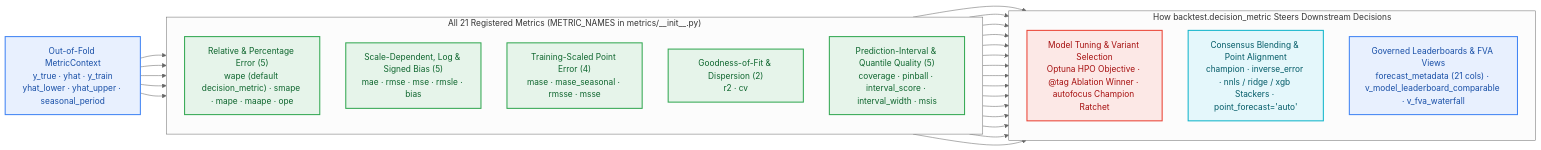
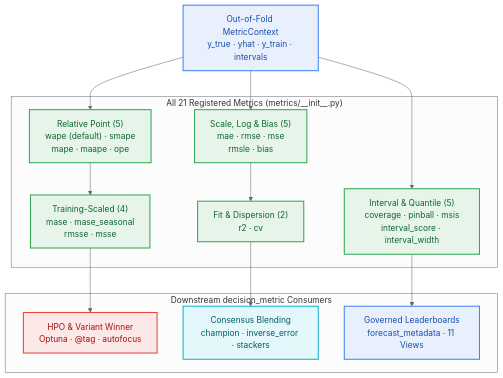
Before and after one commit to statmike/scale-forecasting: diagram 12 of 17 in docs/visual_architecture.md, drawn with Mermaid (neutral theme). The commit also changed other lines of this file and 14 other files, not shown here.

Commit message:
docs(mermaid): reconfigure wide diagrams to vertical TD layout with concise labels

````diff
--- a/docs/visual_architecture.md
+++ b/docs/visual_architecture.md
@@ -508,32 +498,34 @@
 ```mermaid
-flowchart LR
-    CTX["Out-of-Fold MetricContext<br/>y_true · yhat · y_train<br/>yhat_lower · yhat_upper · seasonal_period"]
+flowchart TD
+    CTX["Out-of-Fold MetricContext<br/>y_true · yhat · y_train · intervals"]
 
-    subgraph M21["All 21 Registered Metrics (METRIC_NAMES in metrics/__init__.py)"]
-        direction TB
-        M_REL["Relative & Percentage Error (5)<br/>wape (default decision_metric) · smape · mape · maape · ope"]
-        M_ABS["Scale-Dependent, Log & Signed Bias (5)<br/>mae · rmse · mse · rmsle · bias"]
-        M_SCL["Training-Scaled Point Error (4)<br/>mase · mase_seasonal · rmsse · msse"]
-        M_FIT["Goodness-of-Fit & Dispersion (2)<br/>r2 · cv"]
-        M_INT["Prediction-Interval & Quantile Quality (5)<br/>coverage · pinball · interval_score · interval_width · msis"]
+    subgraph M21["All 21 Registered Metrics (metrics/__init__.py)"]
+        M_REL["Relative Point (5)<br/>wape (default) · smape<br/>mape · maape · ope"]
+        M_SCL["Training-Scaled (4)<br/>mase · mase_seasonal<br/>rmsse · msse"]
+        M_ABS["Scale, Log & Bias (5)<br/>mae · rmse · mse<br/>rmsle · bias"]
+        M_FIT["Fit & Dispersion (2)<br/>r2 · cv"]
+        M_INT["Interval & Quantile (5)<br/>coverage · pinball · msis<br/>interval_score · interval_width"]
+        M_REL --> M_SCL
+        M_ABS --> M_FIT
     end
 
-    subgraph STEER["How backtest.decision_metric Steers Downstream Decisions"]
-        direction TB
-        S_OPT["Model Tuning & Variant Selection<br/>Optuna HPO Objective · @tag Ablation Winner · autofocus Champion Ratchet"]
-        S_ENS["Consensus Blending & Point Alignment<br/>champion · inverse_error · nnls / ridge / xgb Stackers · point_forecast='auto'"]
-        S_SQL["Governed Leaderboards & FVA Views<br/>forecast_metadata (21 cols) · v_model_leaderboard_comparable · v_fva_waterfall"]
+    subgraph STEER["Downstream decision_metric Consumers"]
+        S_OPT["HPO & Variant Winner<br/>Optuna · @tag · autofocus"]
+        S_ENS["Consensus Blending<br/>champion · inverse_error · stackers"]
+        S_SQL["Governed Leaderboards<br/>forecast_metadata · 11 Views"]
     end
 
-    CTX --> M_REL & M_ABS & M_SCL & M_FIT & M_INT
-    M_REL & M_ABS & M_SCL & M_FIT & M_INT --> S_OPT & S_ENS & S_SQL
+    CTX --> M_REL & M_ABS & M_INT
+    M_SCL --> S_OPT
+    M_FIT --> S_ENS
+    M_INT --> S_SQL
 
     classDef data fill:#E8F0FE,stroke:#4285F4,stroke-width:2px,color:#174EA6
     classDef route fill:#FCE8E6,stroke:#EA4335,stroke-width:2px,color:#A50E0E
     classDef compute fill:#E6F4EA,stroke:#34A853,stroke-width:2px,color:#0D652D
     classDef decision fill:#E4F7FB,stroke:#12B5CB,stroke-width:2px,color:#005A66
     class CTX,S_SQL data
     class S_OPT route
     class M_REL,M_ABS,M_SCL,M_FIT,M_INT compute
     class S_ENS decision
 ```
````
